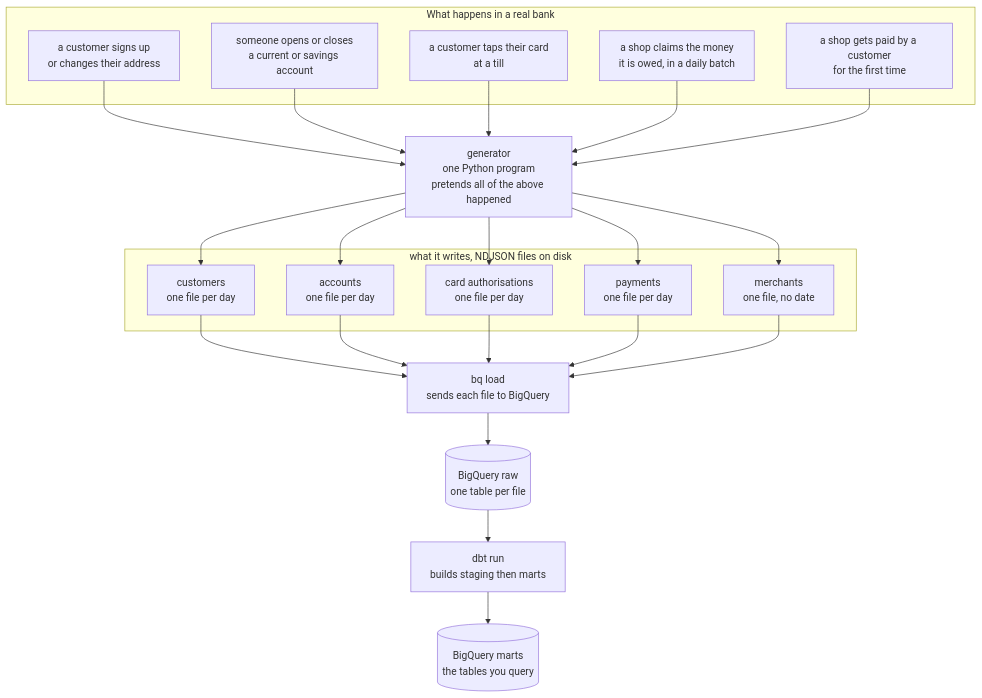
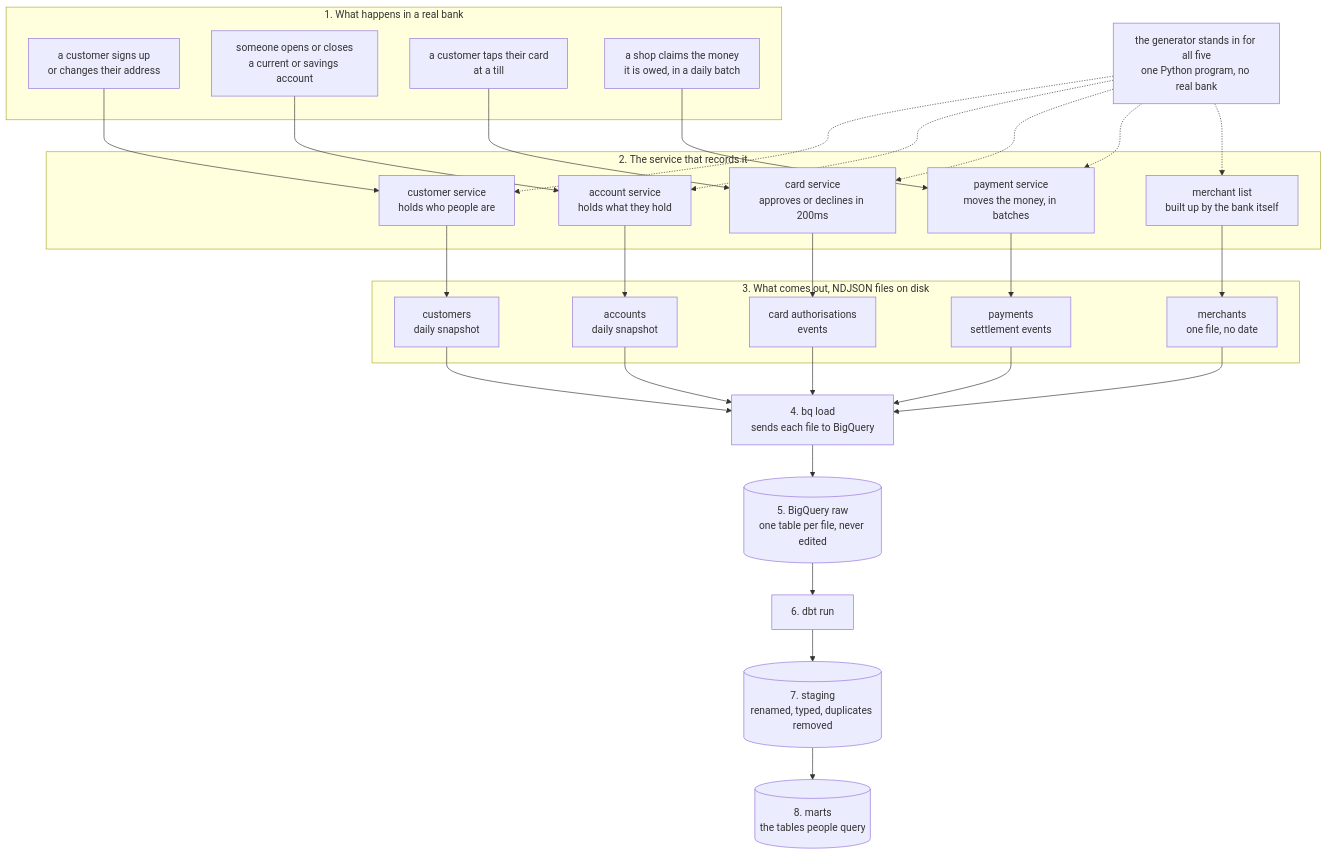
The first of 3 diagrams in docs/architecture.md (faithcodes-lab/neobank-warehouse), drawn with Mermaid before and after one commit.

Commit message:
put the services back, whole chain in one diagram

````diff
--- a/docs/architecture.md
+++ b/docs/architecture.md
@@ -17,32 +17,52 @@
 ```mermaid
 flowchart TD
-    subgraph world["What happens in a real bank"]
+    subgraph world["1. What happens in a real bank"]
         w1["a customer signs up<br/>or changes their address"]
         w2["someone opens or closes<br/>a current or savings account"]
         w3["a customer taps their card<br/>at a till"]
         w4["a shop claims the money<br/>it is owed, in a daily batch"]
-        w5["a shop gets paid by a customer<br/>for the first time"]
     end
 
-    gen["generator<br/>one Python program<br/>pretends all of the above happened"]
+    subgraph svc["2. The service that records it"]
+        s1["customer service<br/>holds who people are"]
+        s2["account service<br/>holds what they hold"]
+        s3["card service<br/>approves or declines in 200ms"]
+        s4["payment service<br/>moves the money, in batches"]
+        s5["merchant list<br/>built up by the bank itself"]
+    end
 
-    subgraph out["what it writes, NDJSON files on disk"]
-        f1["customers<br/>one file per day"]
-        f2["accounts<br/>one file per day"]
-        f3["card authorisations<br/>one file per day"]
-        f4["payments<br/>one file per day"]
+    gen["the generator stands in for all five<br/>one Python program, no real bank"]
+
+    subgraph out["3. What comes out, NDJSON files on disk"]
+        f1["customers<br/>daily snapshot"]
+        f2["accounts<br/>daily snapshot"]
+        f3["card authorisations<br/>events"]
+        f4["payments<br/>settlement events"]
         f5["merchants<br/>one file, no date"]
     end
 
-    load["bq load<br/>sends each file to BigQuery"]
-    rawt[("BigQuery raw<br/>one table per file")]
-    dbtrun["dbt run<br/>builds staging then marts"]
-    final[("BigQuery marts<br/>the tables you query")]
+    load["4. bq load<br/>sends each file to BigQuery"]
+    rawt[("5. BigQuery raw<br/>one table per file, never edited")]
+    dbtrun["6. dbt run"]
+    stg[("7. staging<br/>renamed, typed, duplicates removed")]
+    final[("8. marts<br/>the tables people query")]
 
-    w1 & w2 & w3 & w4 & w5 --> gen
-    gen --> f1 & f2 & f3 & f4 & f5
+    w1 --> s1
+    w2 --> s2
+    w3 --> s3
+    w4 --> s4
+
+    s1 --> f1
+    s2 --> f2
+    s3 --> f3
+    s4 --> f4
+    s5 --> f5
+
+    gen -.-> s1 & s2 & s3 & s4 & s5
+
     f1 & f2 & f3 & f4 & f5 --> load
     load --> rawt
     rawt --> dbtrun
-    dbtrun --> final
+    dbtrun --> stg
+    stg --> final
 ```
````
